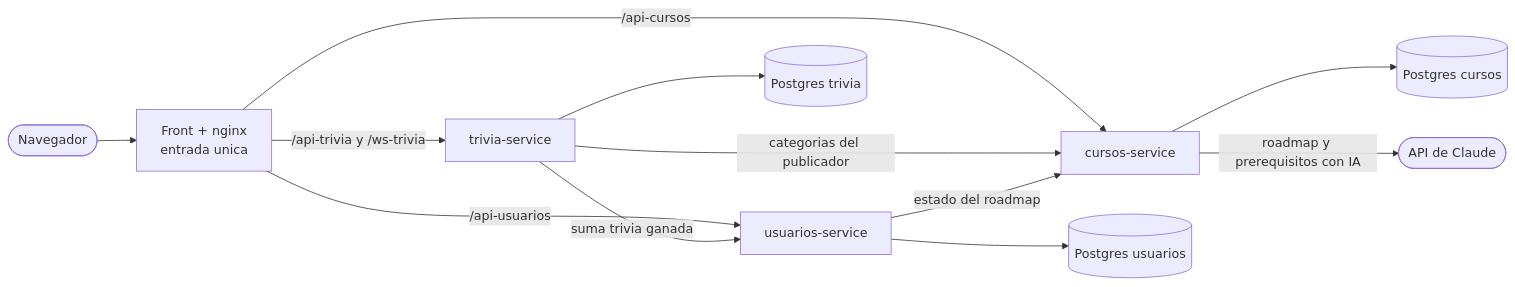
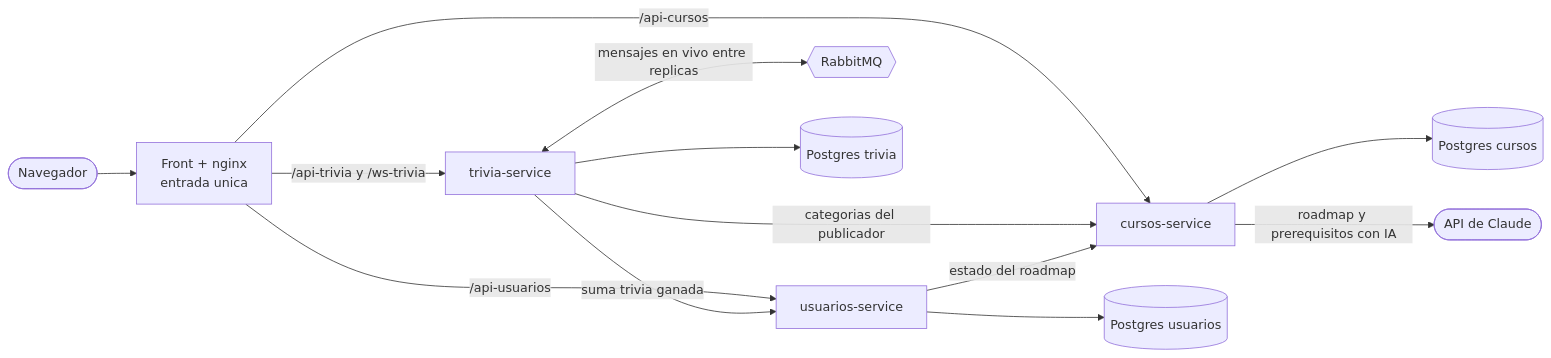
One commit to Grow-Link/infra changed the diagram in README.md. Above: the diagram before and after it, drawn with Mermaid. The commit also changed other lines of this file and 6 other files, not shown here.

First line of the commit message:
Rama final: replicas, RabbitMQ para el WebSocket y prueba de fuego

````diff
--- a/README.md
+++ b/README.md
@@ -9,14 +9,15 @@
 ```mermaid
 flowchart LR
     U([Navegador]) --> F["Front + nginx<br/>entrada unica"]
     F -->|/api-usuarios| US[usuarios-service]
     F -->|/api-cursos| CS[cursos-service]
     F -->|/api-trivia y /ws-trivia| TS[trivia-service]
+    TS <-->|mensajes en vivo entre replicas| MQ{{RabbitMQ}}
     US --> DBU[(Postgres usuarios)]
     CS --> DBC[(Postgres cursos)]
     TS --> DBT[(Postgres trivia)]
     TS -->|suma trivia ganada| US
     TS -->|categorias del publicador| CS
     US -->|estado del roadmap| CS
     CS -->|roadmap y prerequisitos con IA| CL([API de Claude])
 ```
````
